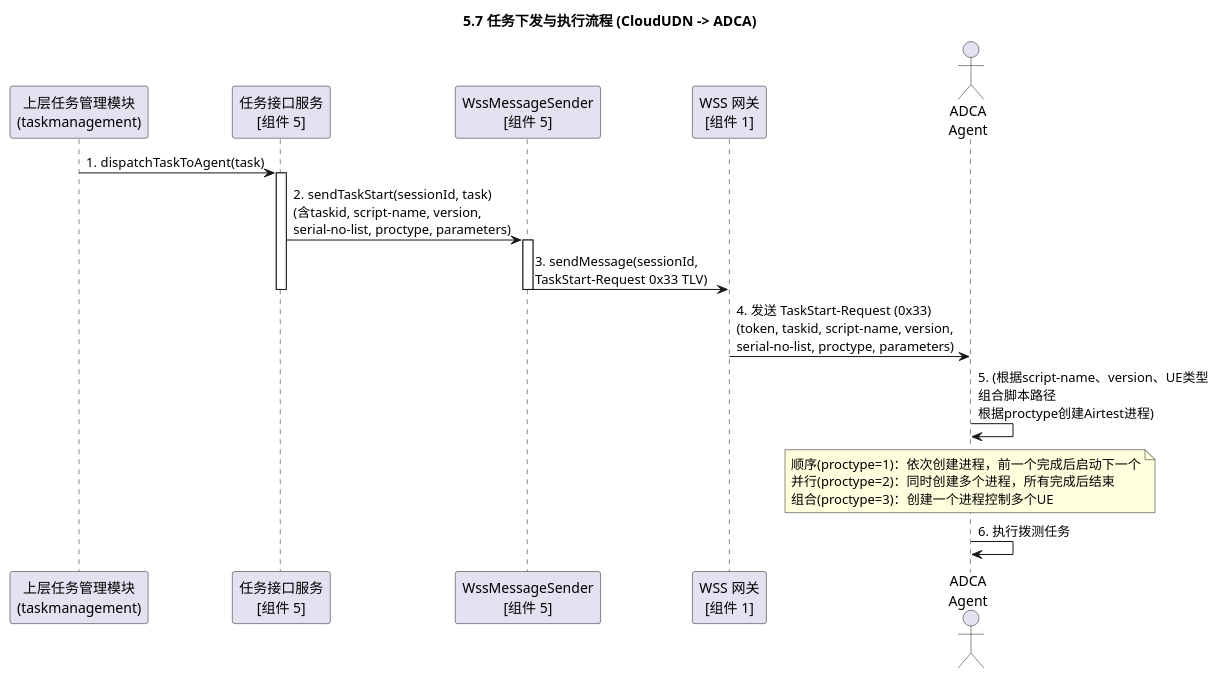
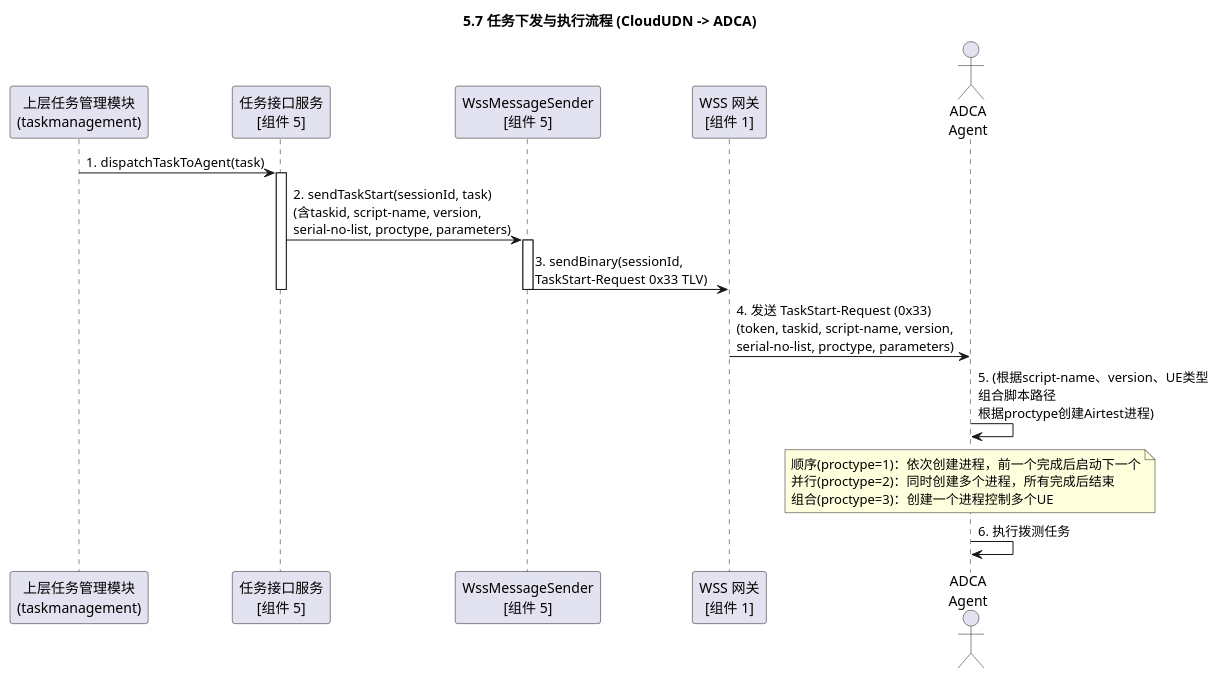
Before and after one commit to GuiHongli/DialTestCenter: the ninth of 12 diagrams in AR软件实现设计文档/执行机管理/执行机管理软件实现设计.md, drawn with PlantUML. The commit also changed other lines of this file and 2 other files, not shown here.

````diff
--- a/AR软件实现设计文档/执行机管理/执行机管理软件实现设计.md
+++ b/AR软件实现设计文档/执行机管理/执行机管理软件实现设计.md
@@ -1425,32 +1425,32 @@
 ```plantuml
 @startuml
 title 5.7 任务下发与执行流程 (CloudUDN -> ADCA)
 
 participant "上层任务管理模块\n(taskmanagement)" as TaskMgmt
 participant "任务接口服务\n[组件 5]" as TaskAdapter
 participant "WssMessageSender\n[组件 5]" as Sender
 participant "WSS 网关\n[组件 1]" as Wss
 actor "ADCA\nAgent" as Agent
 
 TaskMgmt -> TaskAdapter : 1. dispatchTaskToAgent(task)
 activate TaskAdapter
     TaskAdapter -> Sender : 2. sendTaskStart(sessionId, task)\n(含taskid, script-name, version,\nserial-no-list, proctype, parameters)
     activate Sender
-        Sender -> Wss : 3. sendMessage(sessionId,\nTaskStart-Request 0x33 TLV)
+        Sender -> Wss : 3. sendBinary(sessionId,\nTaskStart-Request 0x33 TLV)
     deactivate Sender
 deactivate TaskAdapter
 
 Wss -> Agent : 4. 发送 TaskStart-Request (0x33)\n(token, taskid, script-name, version,\nserial-no-list, proctype, parameters)
 
 Agent -> Agent : 5. (根据script-name、version、UE类型\n组合脚本路径\n根据proctype创建Airtest进程)
 
 note over Agent
   顺序(proctype=1)：依次创建进程，前一个完成后启动下一个
   并行(proctype=2)：同时创建多个进程，所有完成后结束
   组合(proctype=3)：创建一个进程控制多个UE
 end note
 
 Agent -> Agent : 6. 执行拨测任务
 
 @enduml
 ```
````
